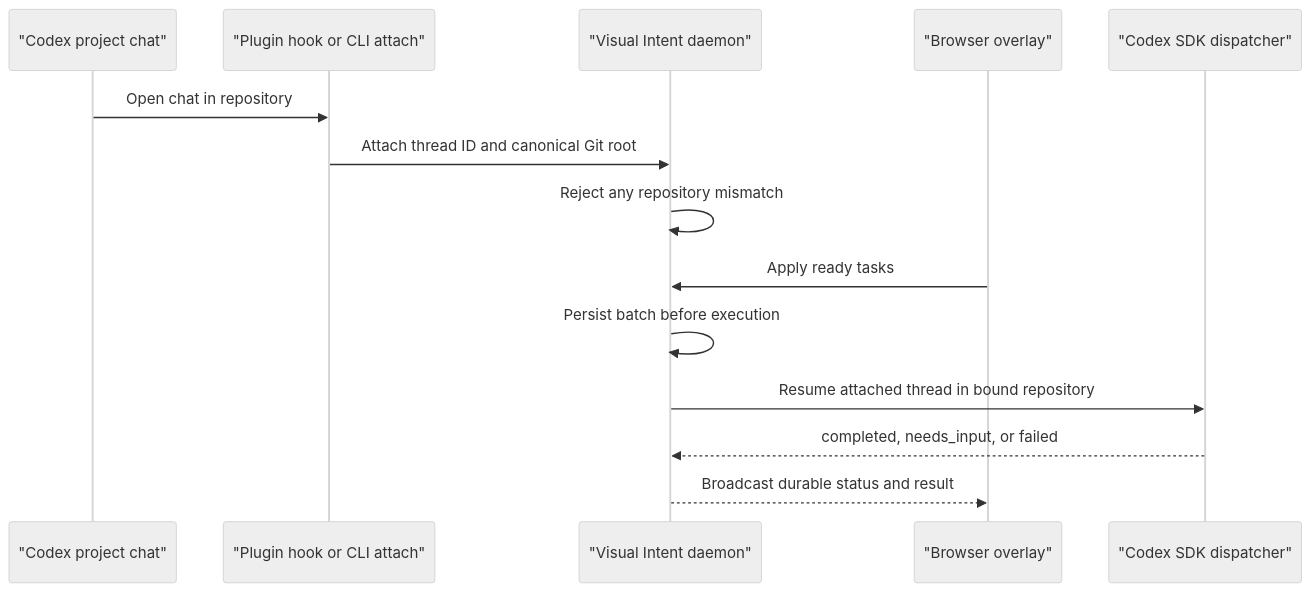
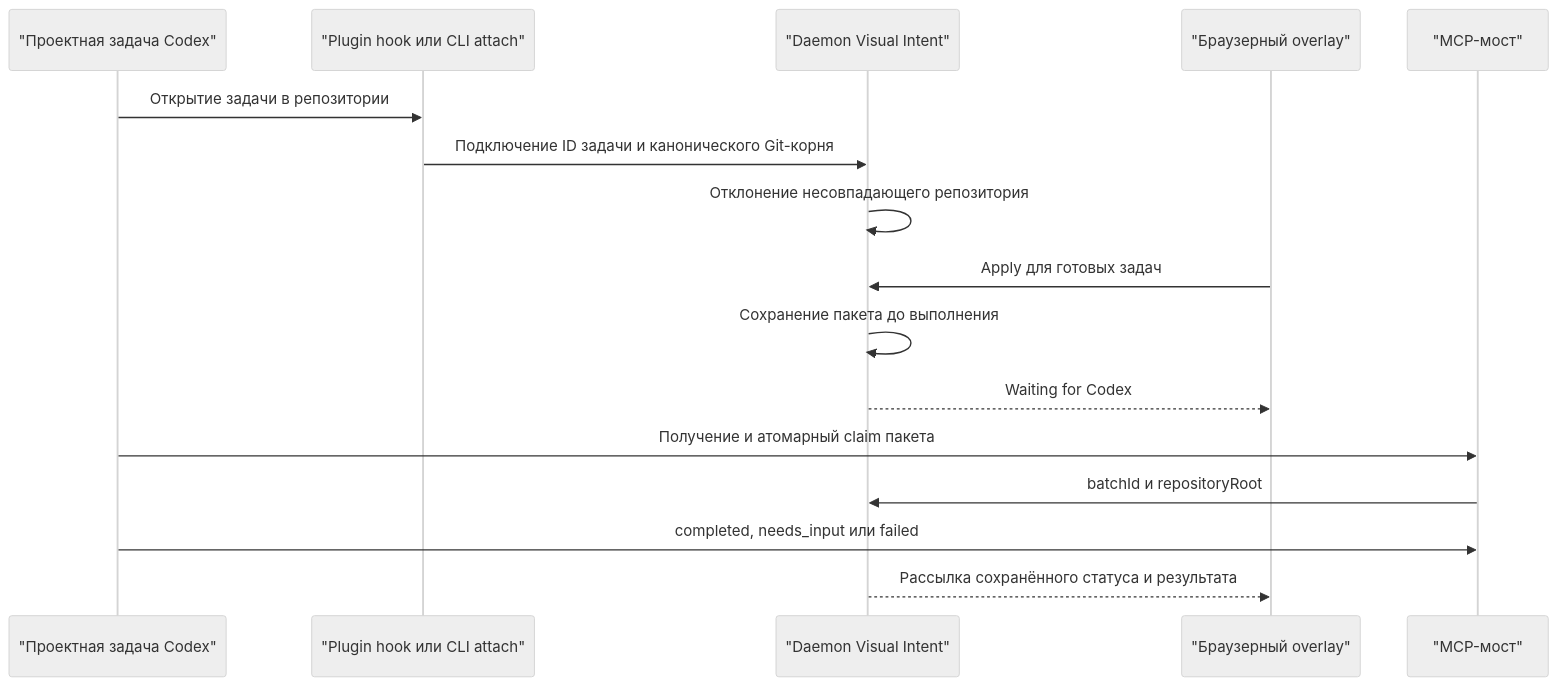
One commit to PRODactionPRO/visual-intent changed the second of 2 diagrams in docs/ARCHITECTURE.md. Above: the diagram before and after it, drawn with Mermaid (neutral theme). The commit also changed other lines of this file and 21 other files, not shown here.

Commit message:
feat: harden project-local Visual Intent sessions

````diff
--- a/docs/ARCHITECTURE.md
+++ b/docs/ARCHITECTURE.md
@@ -58,17 +59,19 @@
 ```mermaid
 sequenceDiagram
-  participant Chat as "Codex project chat"
-  participant Hook as "Plugin hook or CLI attach"
-  participant Daemon as "Visual Intent daemon"
-  participant UI as "Browser overlay"
-  participant SDK as "Codex SDK dispatcher"
+  participant Chat as "Проектная задача Codex"
+  participant Hook as "Plugin hook или CLI attach"
+  participant Daemon as "Daemon Visual Intent"
+  participant UI as "Браузерный overlay"
+  participant MCP as "MCP-мост"
 
-  Chat->>Hook: Open chat in repository
-  Hook->>Daemon: Attach thread ID and canonical Git root
-  Daemon->>Daemon: Reject any repository mismatch
-  UI->>Daemon: Apply ready tasks
-  Daemon->>Daemon: Persist batch before execution
-  Daemon->>SDK: Resume attached thread in bound repository
-  SDK-->>Daemon: completed, needs_input, or failed
-  Daemon-->>UI: Broadcast durable status and result
+  Chat->>Hook: Открытие задачи в репозитории
+  Hook->>Daemon: Подключение ID задачи и канонического Git-корня
+  Daemon->>Daemon: Отклонение несовпадающего репозитория
+  UI->>Daemon: Apply для готовых задач
+  Daemon->>Daemon: Сохранение пакета до выполнения
+  Daemon-->>UI: Waiting for Codex
+  Chat->>MCP: Получение и атомарный claim пакета
+  MCP->>Daemon: batchId и repositoryRoot
+  Chat->>MCP: completed, needs_input или failed
+  Daemon-->>UI: Рассылка сохранённого статуса и результата
 ```
````
